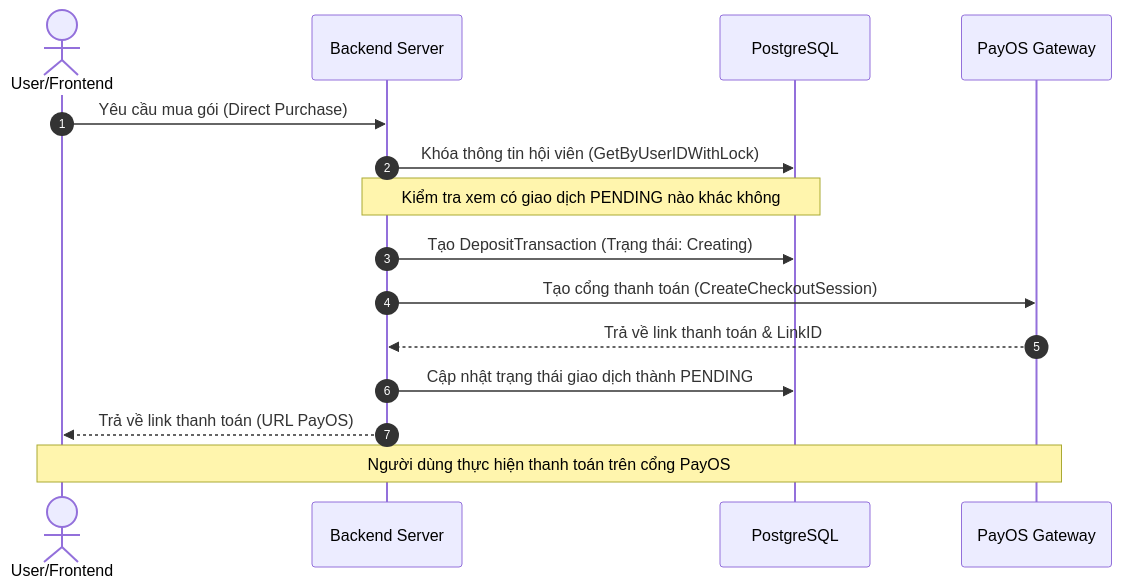
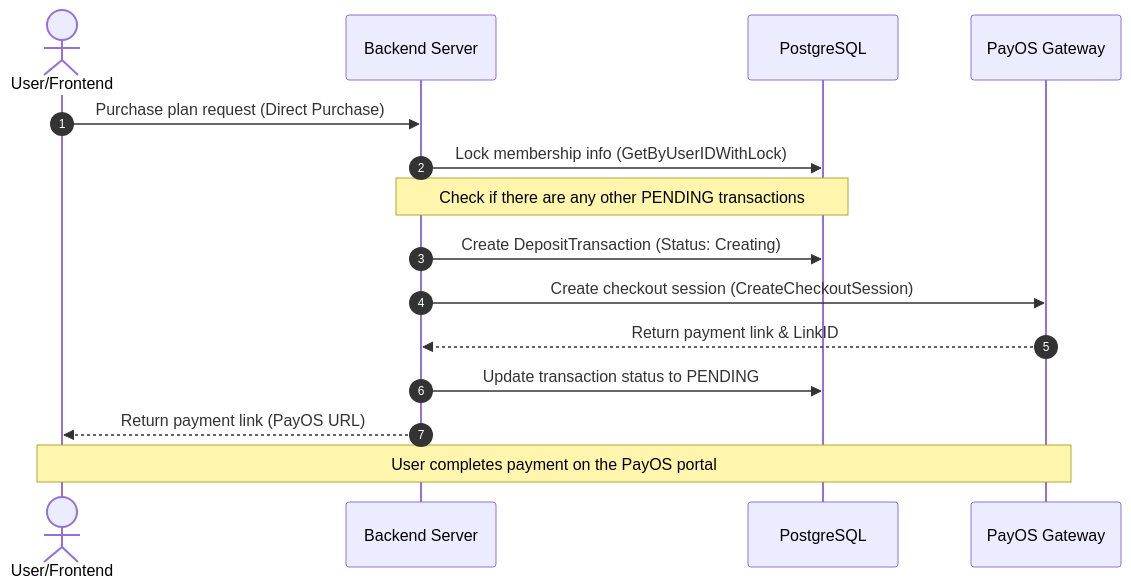
The second of 2 diagrams in docs/domain/subscription.md (hycat-team/smart-wardrobe-be), drawn with Mermaid before and after one commit. The commit also changed other lines of this file and 33 other files, not shown here.

````diff
--- a/docs/domain/subscription.md
+++ b/docs/domain/subscription.md
@@ -60,19 +60,19 @@
 ```mermaid
 sequenceDiagram
     autonumber
     Actor Dev as User/Frontend
     participant API as Backend Server
     participant DB as PostgreSQL
     participant Gateway as PayOS Gateway
 
-    Dev->>API: Yêu cầu mua gói (Direct Purchase)
-    API->>DB: Khóa thông tin hội viên (GetByUserIDWithLock)
-    Note over API,DB: Kiểm tra xem có giao dịch PENDING nào khác không
-    API->>DB: Tạo DepositTransaction (Trạng thái: Creating)
-    API->>Gateway: Tạo cổng thanh toán (CreateCheckoutSession)
-    Gateway-->>API: Trả về link thanh toán & LinkID
-    API->>DB: Cập nhật trạng thái giao dịch thành PENDING
-    API-->>Dev: Trả về link thanh toán (URL PayOS)
+    Dev->>API: Purchase plan request (Direct Purchase)
+    API->>DB: Lock membership info (GetByUserIDWithLock)
+    Note over API,DB: Check if there are any other PENDING transactions
+    API->>DB: Create DepositTransaction (Status: Creating)
+    API->>Gateway: Create checkout session (CreateCheckoutSession)
+    Gateway-->>API: Return payment link & LinkID
+    API->>DB: Update transaction status to PENDING
+    API-->>Dev: Return payment link (PayOS URL)
     
-    Note over Dev,Gateway: Người dùng thực hiện thanh toán trên cổng PayOS
+    Note over Dev,Gateway: User completes payment on the PayOS portal
 ```
````
